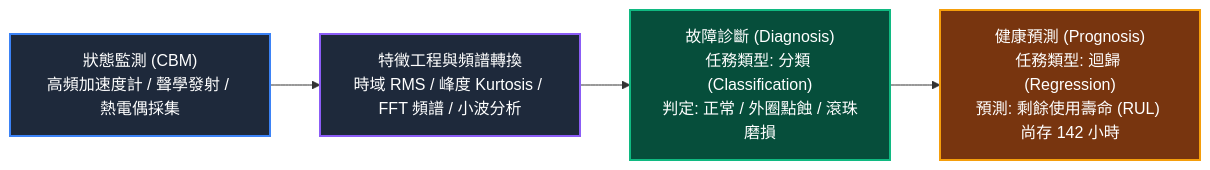
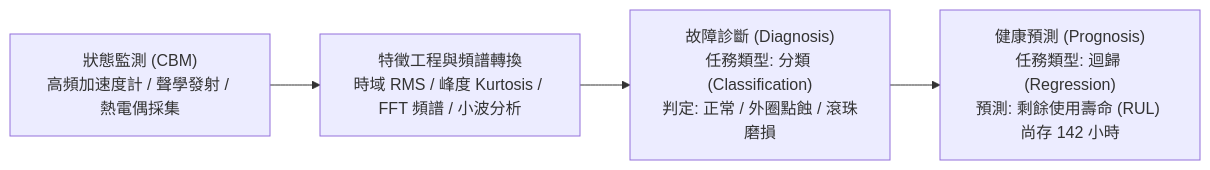
One commit to ta-lang/iPAS_Test changed the third of 3 diagrams in notes/aiot/s1_AIoT基礎概論/L111_AI基礎知識與應用.md. Above: the diagram before and after it, drawn with Mermaid. The commit also changed other lines of this file and 16 other files, not shown here.

Commit message:
fix(mermaid): remove hardcoded styles, add high-contrast theme CSS, and forbid color styling in SOP

````diff
--- a/notes/aiot/s1_AIoT基礎概論/L111_AI基礎知識與應用.md
+++ b/notes/aiot/s1_AIoT基礎概論/L111_AI基礎知識與應用.md
@@ -128,11 +117,7 @@
 ```mermaid
 flowchart LR
     A["狀態監測 (CBM)<br>高頻加速度計 / 聲學發射 / 熱電偶採集"] --> B["特徵工程與頻譜轉換<br>時域 RMS / 峰度 Kurtosis / FFT 頻譜 / 小波分析"]
     B --> C["故障診斷 (Diagnosis)<br>任務類型: 分類 (Classification)<br>判定: 正常 / 外圈點蝕 / 滾珠磨損"]
     C --> D["健康預測 (Prognosis)<br>任務類型: 迴歸 (Regression)<br>預測: 剩餘使用壽命 (RUL) 尚存 142 小時"]
 
-    style A fill:#1e293b,stroke:#3b82f6,stroke-width:2px,color:#fff
-    style B fill:#1e293b,stroke:#8b5cf6,stroke-width:2px,color:#fff
-    style C fill:#064e3b,stroke:#10b981,stroke-width:2px,color:#fff
-    style D fill:#78350f,stroke:#f59e0b,stroke-width:2px,color:#fff
 ```
````
